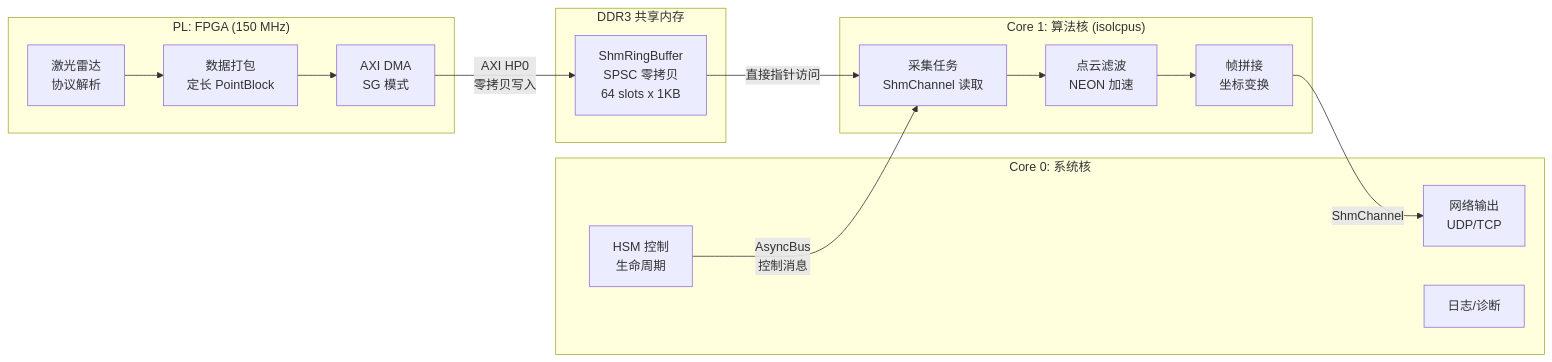
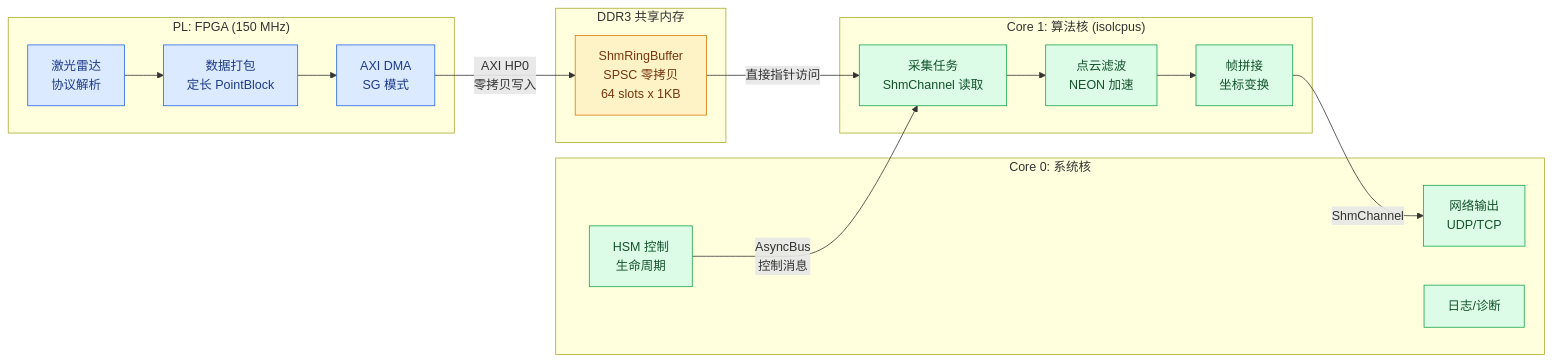
One commit to DeguiLiu/tech-notes changed the first of 3 diagrams in content/posts/architecture/fpga_arm_soc_lidar_feasibility.md. Above: the diagram before and after it, drawn with Mermaid. The commit also changed other lines of this file and 16 other files, not shown here.

First line of the commit message:
story-docs(blog): de-AI architecture and pattern posts, add project links

````diff
--- a/content/posts/architecture/fpga_arm_soc_lidar_feasibility.md
+++ b/content/posts/architecture/fpga_arm_soc_lidar_feasibility.md
@@ -84,29 +84,35 @@
 ```mermaid
 flowchart LR
     subgraph PL["PL: FPGA (150 MHz)"]
         LIDAR["激光雷达\n协议解析"] --> PACK["数据打包\n定长 PointBlock"]
         PACK --> DMA["AXI DMA\nSG 模式"]
     end
 
     subgraph DDR["DDR3 共享内存"]
         RING["ShmRingBuffer\nSPSC 零拷贝\n64 slots x 1KB"]
     end
 
     subgraph PS0["Core 0: 系统核"]
         NET["网络输出\nUDP/TCP"]
         LOG["日志/诊断"]
         CTRL["HSM 控制\n生命周期"]
     end
 
     subgraph PS1["Core 1: 算法核 (isolcpus)"]
         ACQ["采集任务\nShmChannel 读取"]
         FILTER["点云滤波\nNEON 加速"]
         FUSE["帧拼接\n坐标变换"]
     end
 
     DMA -->|"AXI HP0\n零拷贝写入"| RING
     RING -->|"直接指针访问"| ACQ
     ACQ --> FILTER --> FUSE
     FUSE -->|"ShmChannel"| NET
     CTRL -->|"AsyncBus\n控制消息"| ACQ
+    classDef pl fill:#dbeafe,stroke:#2563eb,color:#1e3a8a
+    classDef mem fill:#fef3c7,stroke:#d97706,color:#78350f
+    classDef ps fill:#dcfce7,stroke:#16a34a,color:#14532d
+    class LIDAR,PACK,DMA pl
+    class RING mem
+    class NET,LOG,CTRL,ACQ,FILTER,FUSE ps
 ```
````
